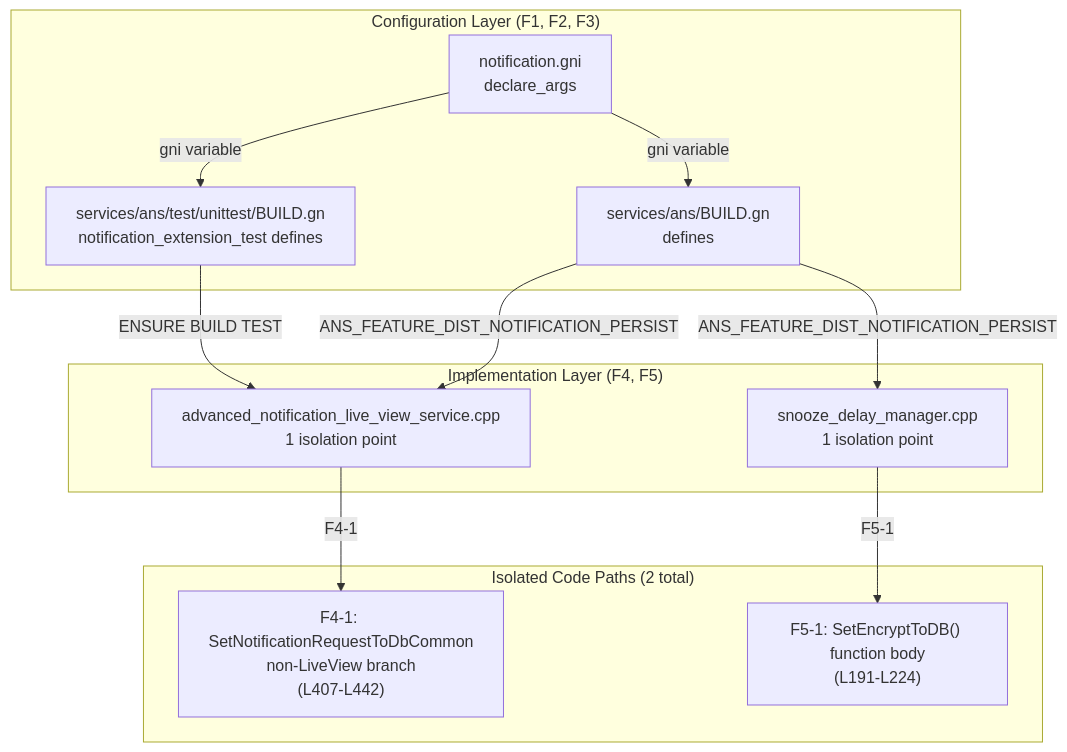
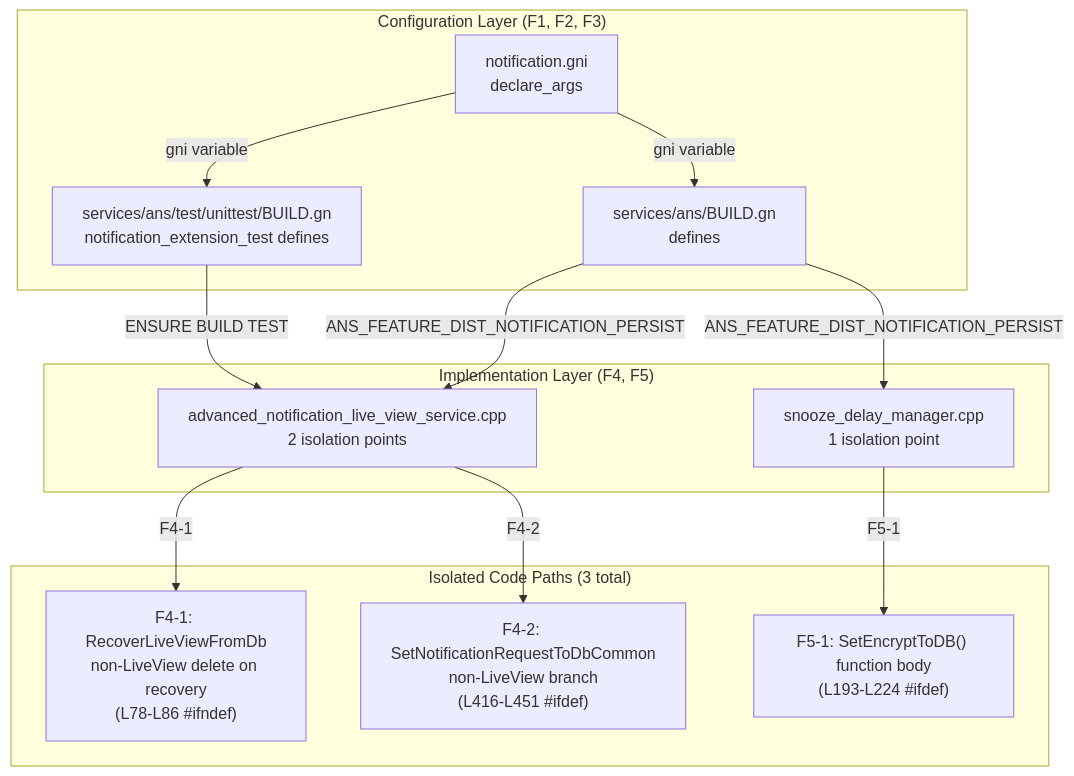
One commit to eclipse-oniro-mirrors/notification_distributed_notification_service changed the first of 3 diagrams in .opencode/kb/features/dist-notification-persist-isolation/feature-development-plan.md. Above: the diagram before and after it, drawn with Mermaid. The commit also changed other lines of this file, not shown here.

First line of the commit message:
docs: update development plan to reflect v2 recovery path isolation change

````diff
--- a/.opencode/kb/features/dist-notification-persist-isolation/feature-development-plan.md
+++ b/.opencode/kb/features/dist-notification-persist-isolation/feature-development-plan.md
@@ -58,27 +63,29 @@
 ```mermaid
 flowchart TB
     subgraph "Configuration Layer (F1, F2, F3)"
         F1[notification.gni<br/>declare_args]
         F2[services/ans/BUILD.gn<br/>defines]
         F3[services/ans/test/unittest/BUILD.gn<br/>notification_extension_test defines]
     end
 
     subgraph "Implementation Layer (F4, F5)"
-        F4[advanced_notification_live_view_service.cpp<br/>1 isolation point]
+        F4[advanced_notification_live_view_service.cpp<br/>2 isolation points]
         F5[snooze_delay_manager.cpp<br/>1 isolation point]
     end
 
     F1 -->|gni variable| F2
     F1 -->|gni variable| F3
     F2 -->|ANS_FEATURE_DIST_NOTIFICATION_PERSIST| F4
     F2 -->|ANS_FEATURE_DIST_NOTIFICATION_PERSIST| F5
     F3 -->|ENSURE BUILD TEST| F4
 
-    subgraph "Isolated Code Paths (2 total)"
-        I3["F4-1: SetNotificationRequestToDbCommon<br/>non-LiveView branch<br/>(L407-L442)"]
-        I4["F5-1: SetEncryptToDB() function body<br/>(L191-L224)"]
+    subgraph "Isolated Code Paths (3 total)"
+        I1["F4-1: RecoverLiveViewFromDb<br/>non-LiveView delete on recovery<br/>(L78-L86 #ifndef)"]
+        I3["F4-2: SetNotificationRequestToDbCommon<br/>non-LiveView branch<br/>(L416-L451 #ifdef)"]
+        I4["F5-1: SetEncryptToDB() function body<br/>(L193-L224 #ifdef)"]
     end
 
-    F4 -->|F4-1| I3
+    F4 -->|F4-1| I1
+    F4 -->|F4-2| I3
     F5 -->|F5-1| I4
 ```
````
